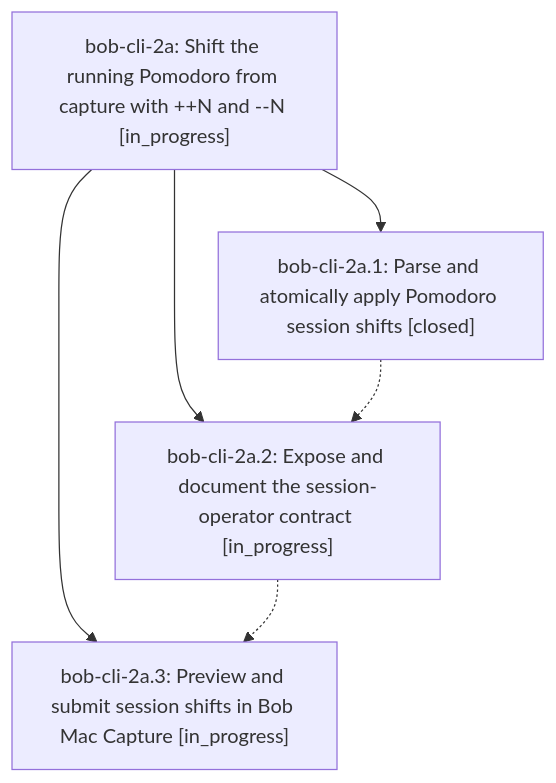
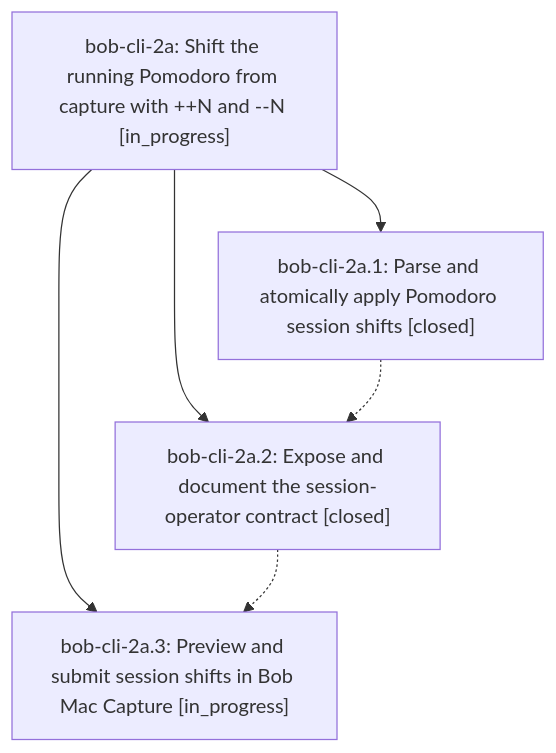
Before and after one commit to bobs-org/bob-cli--beads: the diagram in pages/bob-cli-2a/README.md, drawn with Mermaid. The commit also changed other lines of this file and 3 other files, not shown here.

First line of the commit message:
chore(beads): sync bead state and pages for bob-cli-2a

````diff
--- a/pages/bob-cli-2a/README.md
+++ b/pages/bob-cli-2a/README.md
@@ -24,12 +24,12 @@
 ```mermaid
 flowchart TD
     n0["bob-cli-2a: Shift the running Pomodoro from capture with ++N and --N [in_progress]"]
     n1["bob-cli-2a.1: Parse and atomically apply Pomodoro session shifts [closed]"]
-    n2["bob-cli-2a.2: Expose and document the session-operator contract [in_progress]"]
+    n2["bob-cli-2a.2: Expose and document the session-operator contract [closed]"]
     n3["bob-cli-2a.3: Preview and submit session shifts in Bob Mac Capture [in_progress]"]
     n0 --> n1
     n0 --> n2
     n0 --> n3
     n1 -.-> n2
     n2 -.-> n3
 ```
````
